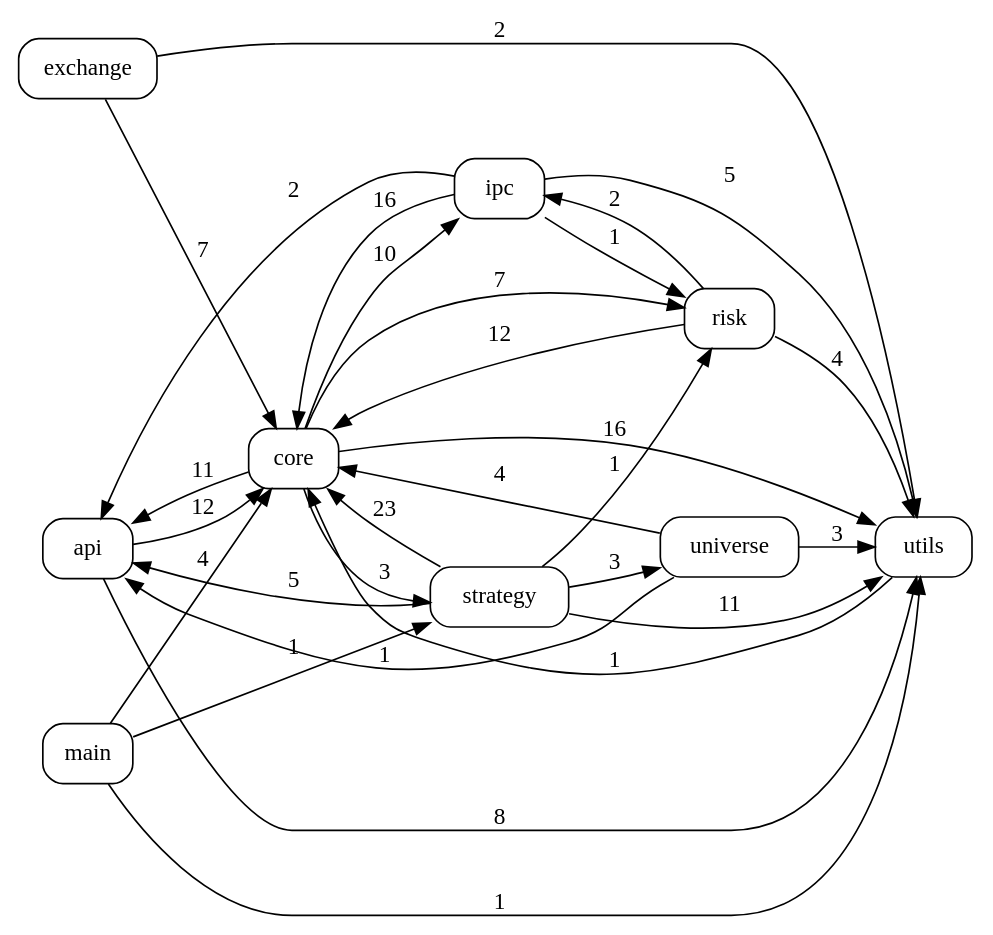
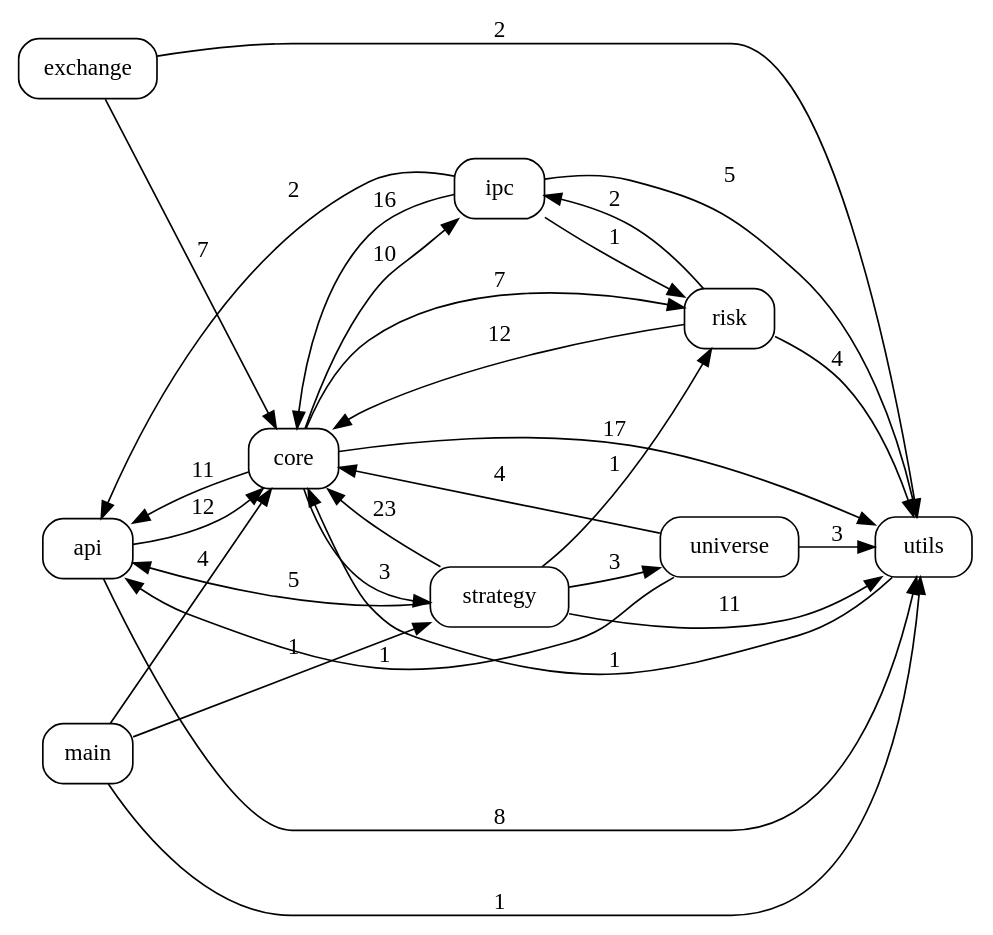
One commit to pypy8171/Quant changed the diagram in docs/code_graph.dot. Above: the diagram before and after it, drawn with Graphviz. The commit also changed 11 other files, not shown here.

```diff
--- a/docs/code_graph.dot
+++ b/docs/code_graph.dot
@@ -1,41 +1,41 @@
 digraph code_graph {
   rankdir=LR;
   node [shape=box, style=rounded, fontname="Consolas"];
   "api";
   "core";
   "exchange";
   "ipc";
   "main";
   "risk";
   "strategy";
   "universe";
   "utils";
   "api" -> "core" [label="12"];
   "api" -> "utils" [label="8"];
   "core" -> "api" [label="11"];
   "core" -> "ipc" [label="10"];
   "core" -> "risk" [label="7"];
   "core" -> "strategy" [label="3"];
-  "core" -> "utils" [label="16"];
+  "core" -> "utils" [label="17"];
   "exchange" -> "core" [label="7"];
   "exchange" -> "utils" [label="2"];
   "ipc" -> "api" [label="2"];
   "ipc" -> "core" [label="16"];
   "ipc" -> "risk" [label="1"];
   "ipc" -> "utils" [label="5"];
   "main" -> "core" [label="4"];
   "main" -> "strategy" [label="1"];
   "main" -> "utils" [label="1"];
   "risk" -> "core" [label="12"];
   "risk" -> "ipc" [label="2"];
   "risk" -> "utils" [label="4"];
   "strategy" -> "api" [label="5"];
   "strategy" -> "core" [label="23"];
   "strategy" -> "risk" [label="1"];
   "strategy" -> "universe" [label="3"];
   "strategy" -> "utils" [label="11"];
   "universe" -> "api" [label="1"];
   "universe" -> "core" [label="4"];
   "universe" -> "utils" [label="3"];
   "utils" -> "core" [label="1"];
 }
```
